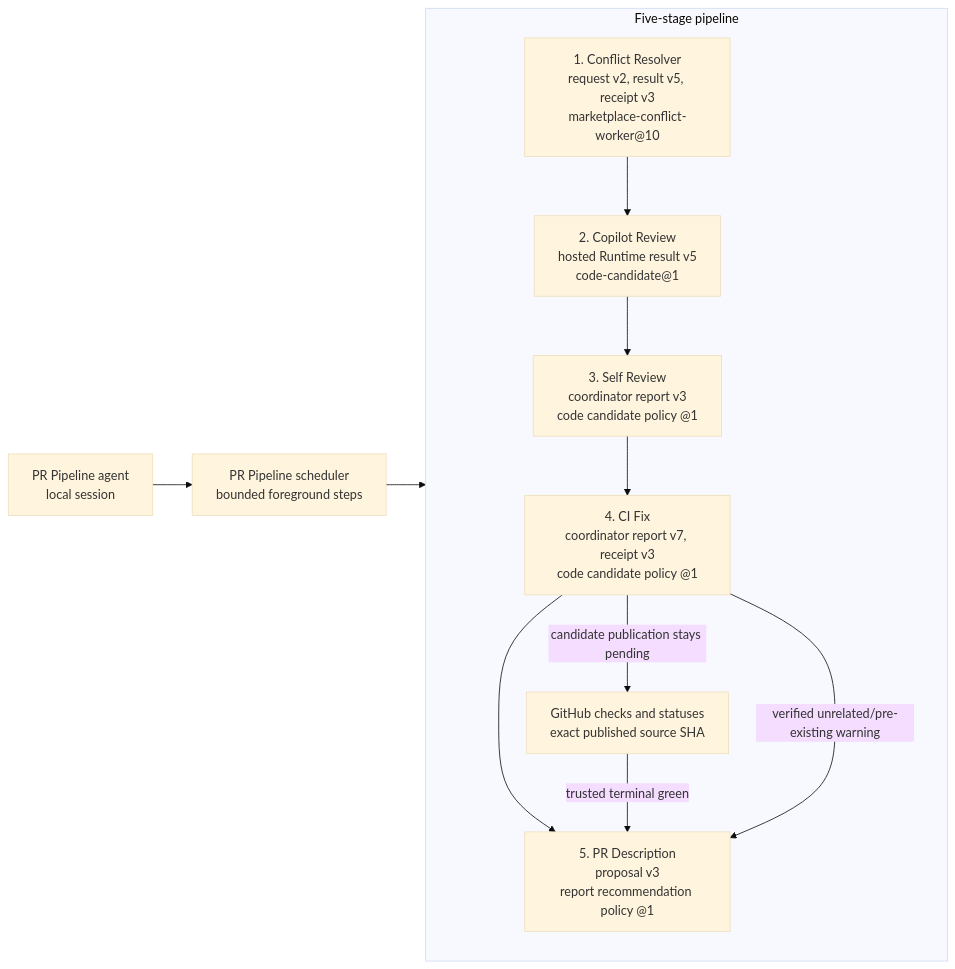
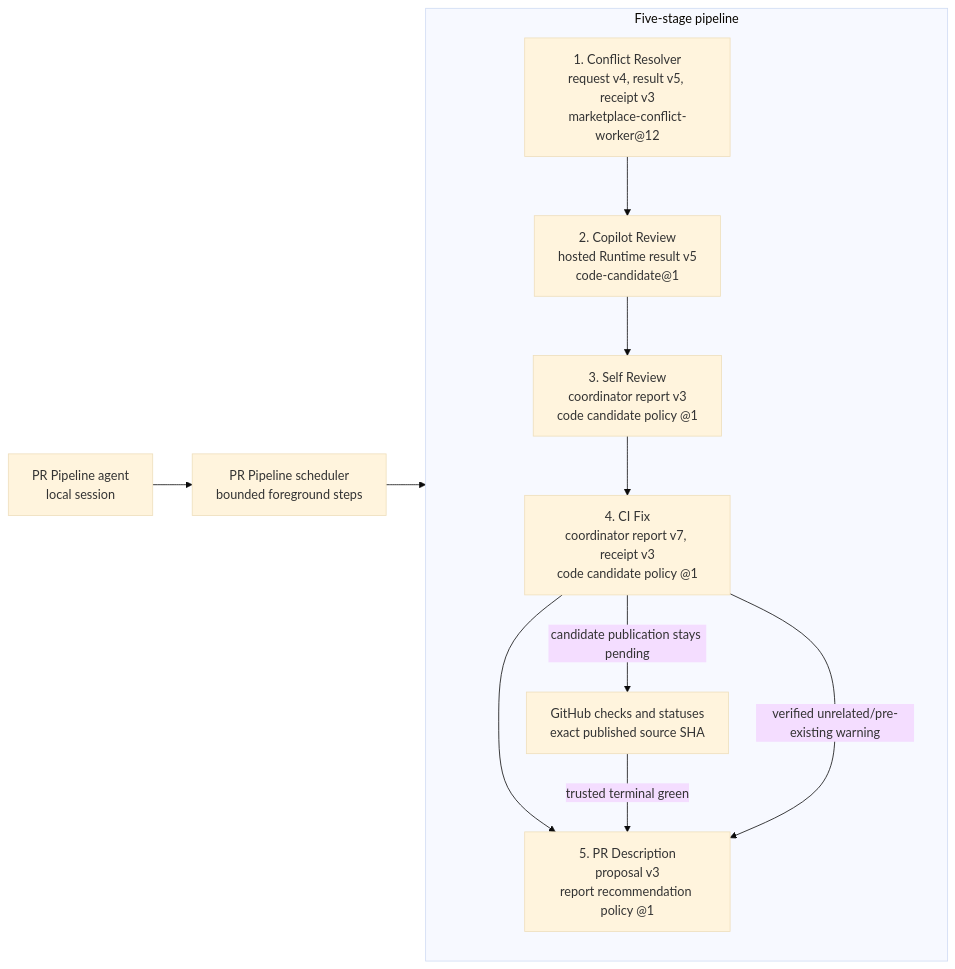
Before and after one commit to trask/copilot-plugins: the diagram in plugins/pr-pipeline/README.md, drawn with Mermaid (base theme). The commit also changed other lines of this file and 9 other files, not shown here.

````diff
--- a/plugins/pr-pipeline/README.md
+++ b/plugins/pr-pipeline/README.md
@@ -5,23 +5,23 @@
 ```mermaid
 flowchart LR
     agent["PR Pipeline agent<br/>local session"]
     scheduler["PR Pipeline scheduler<br/>bounded foreground steps"]
     agent --> scheduler
 
     subgraph pipeline["Five-stage pipeline"]
         direction TB
-        conflict["1. Conflict Resolver<br/>request v2, result v5, receipt v3<br/>marketplace-conflict-worker@10"]
+        conflict["1. Conflict Resolver<br/>request v4, result v5, receipt v3<br/>marketplace-conflict-worker@12"]
         copilotReview["2. Copilot Review<br/>hosted Runtime result v5<br/>code-candidate@1"]
         selfReview["3. Self Review<br/>coordinator report v3<br/>code candidate policy @1"]
         ci["4. CI Fix<br/>coordinator report v7, receipt v3<br/>code candidate policy @1"]
         description["5. PR Description<br/>proposal v3<br/>report recommendation policy @1"]
         checks["GitHub checks and statuses<br/>exact published source SHA"]
 
         conflict --> copilotReview --> selfReview --> ci --> description
         ci -->|"candidate publication stays pending"| checks
         checks -->|"trusted terminal green"| description
         ci -->|"verified unrelated/pre-existing warning"| description
     end
 
     scheduler --> conflict
 ```
````
